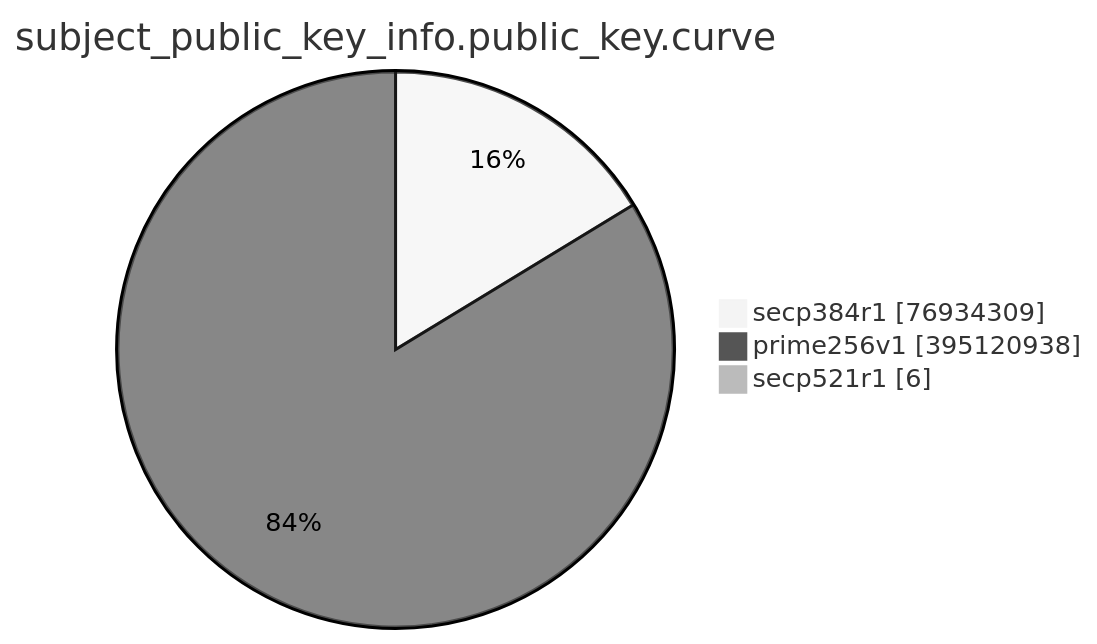
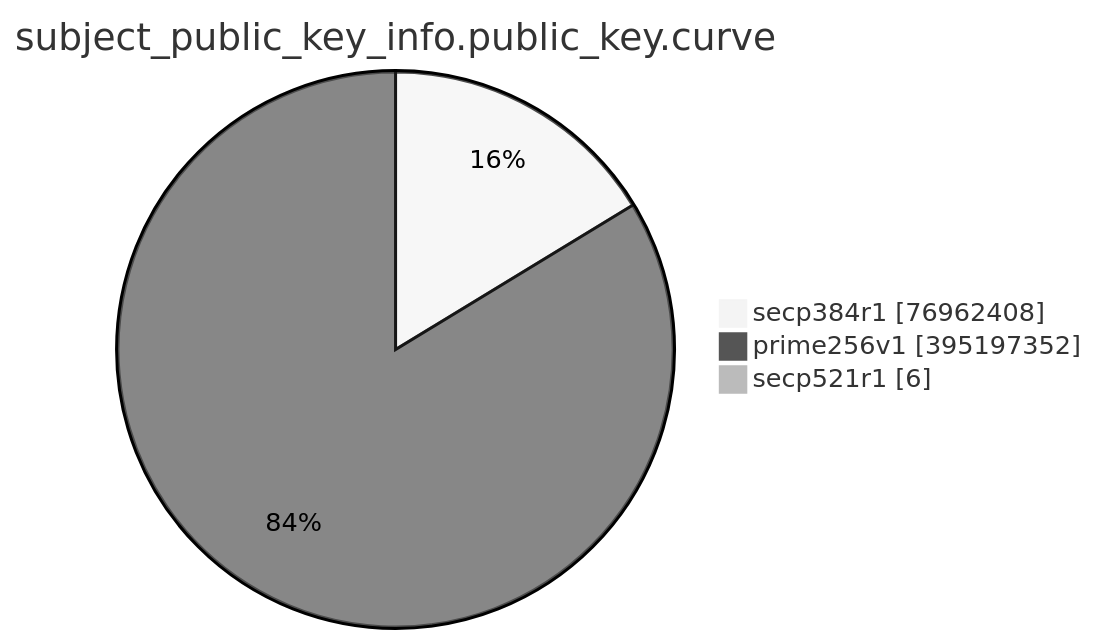
Before and after one commit to christiankrug/ctmonitor_visualization: the eighth of 15 diagrams in TOTAL/README.md, drawn with Mermaid (neutral theme). The commit also changed other lines of this file, not shown here.

````diff
--- a/TOTAL/README.md
+++ b/TOTAL/README.md
@@ -3094,7 +3094,7 @@
 ```mermaid
 pie showData
 title subject_public_key_info.public_key.curve
-"secp384r1" :76934309
-"prime256v1" :395120938
+"secp384r1" :76962408
+"prime256v1" :395197352
 "secp521r1" :6
 ```
````
